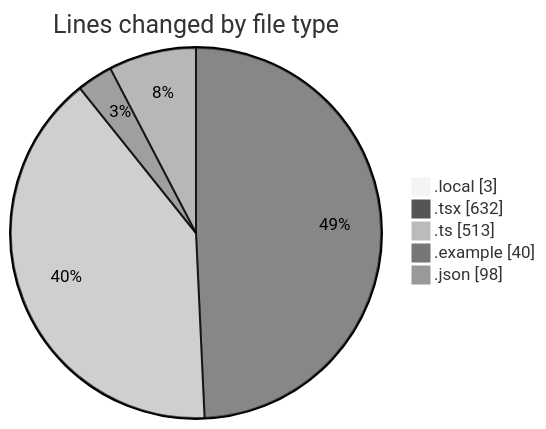
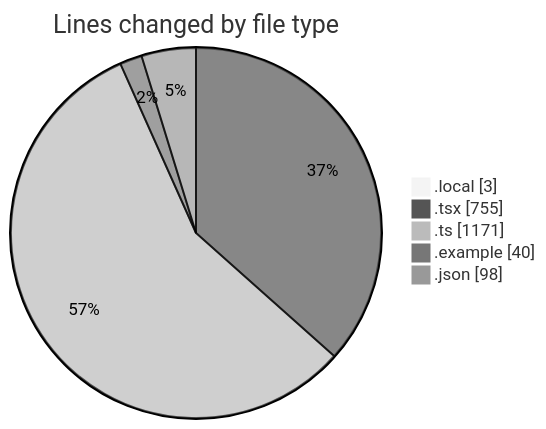
The first of 2 diagrams in 2025-11-20/eventscop-frontend-guide__workspace_/README.md (julien-gomy/code-tracking), drawn with Mermaid (neutral theme) before and after one commit. The commit also changed other lines of this file and 1 other file, not shown here.

````diff
--- a/2025-11-20/eventscop-frontend-guide__workspace_/README.md
+++ b/2025-11-20/eventscop-frontend-guide__workspace_/README.md
@@ -39,9 +45,9 @@
 ```mermaid
 pie showData
 title Lines changed by file type
 ".local" : 3
-".tsx" : 632
-".ts" : 513
+".tsx" : 755
+".ts" : 1171
 ".example" : 40
 ".json" : 98
 ```
````
